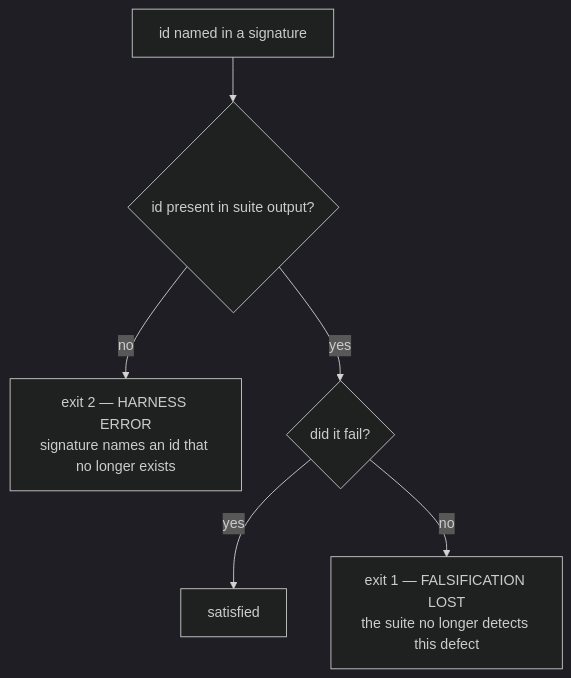
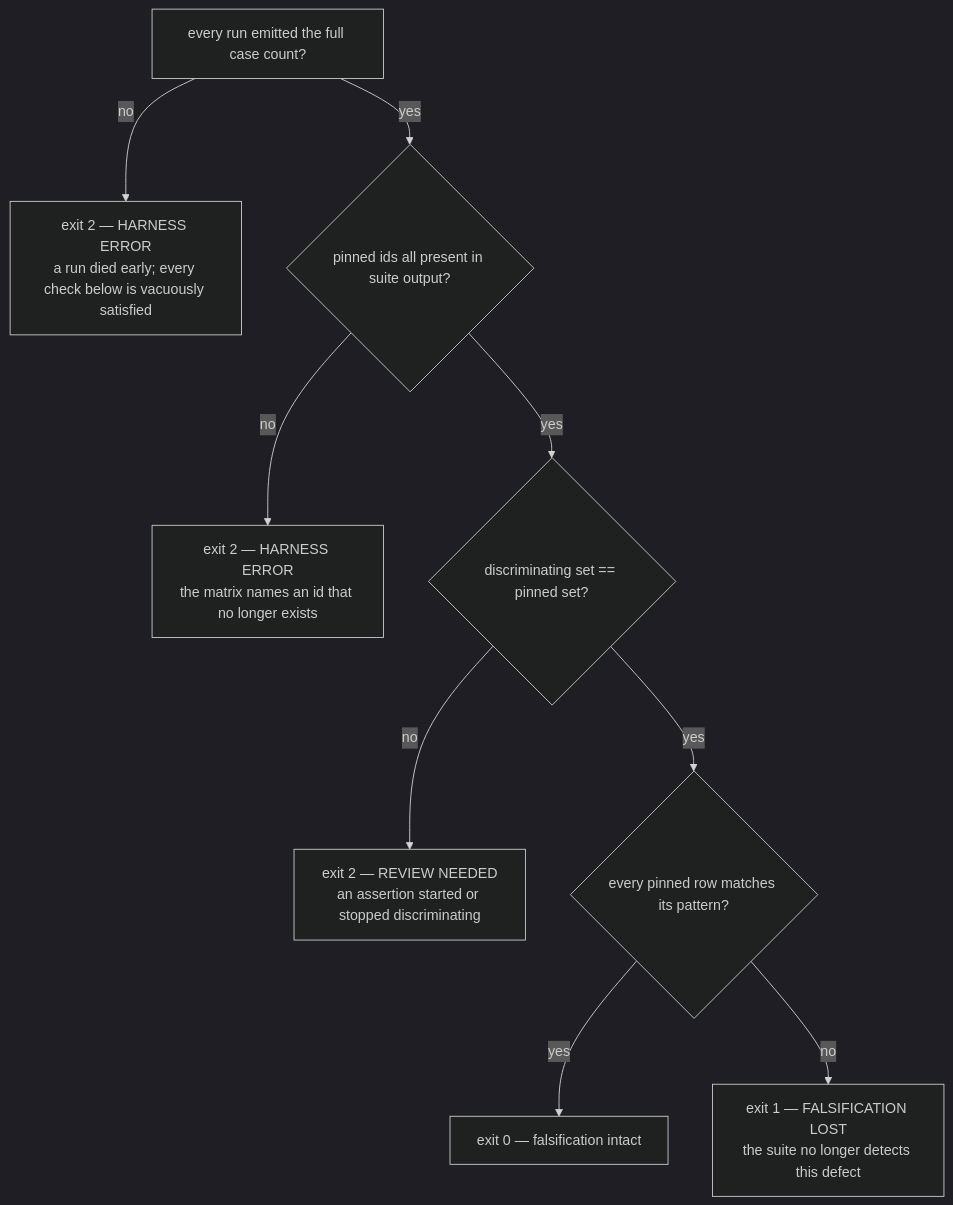
The diagram in docs/features/falsify-harness-signatures.md (suyatdev/.claude), drawn with Mermaid (dark theme) before and after one commit. The commit also changed other lines of this file, not shown here.

First line of the commit message:
docs(features): revision 4 — the flip matrix replaces signatures and counts

````diff
--- a/docs/features/falsify-harness-signatures.md
+++ b/docs/features/falsify-harness-signatures.md
@@ -307,8 +349,11 @@
 ```mermaid
 flowchart TD
-    A[id named in a signature] --> B{id present in suite output?}
-    B -->|no| E["exit 2 — HARNESS ERROR<br/>signature names an id that no longer exists"]
-    B -->|yes| C{did it fail?}
-    C -->|yes| P[satisfied]
+    A[every run emitted the full case count?] -->|no| E2["exit 2 — HARNESS ERROR<br/>a run died early; every check below is vacuously satisfied"]
+    A -->|yes| B{pinned ids all present in suite output?}
+    B -->|no| E["exit 2 — HARNESS ERROR<br/>the matrix names an id that no longer exists"]
+    B -->|yes| D{discriminating set == pinned set?}
+    D -->|no| E3["exit 2 — REVIEW NEEDED<br/>an assertion started or stopped discriminating"]
+    D -->|yes| C{every pinned row matches its pattern?}
+    C -->|yes| P["exit 0 — falsification intact"]
     C -->|no| F["exit 1 — FALSIFICATION LOST<br/>the suite no longer detects this defect"]
 ```
````
